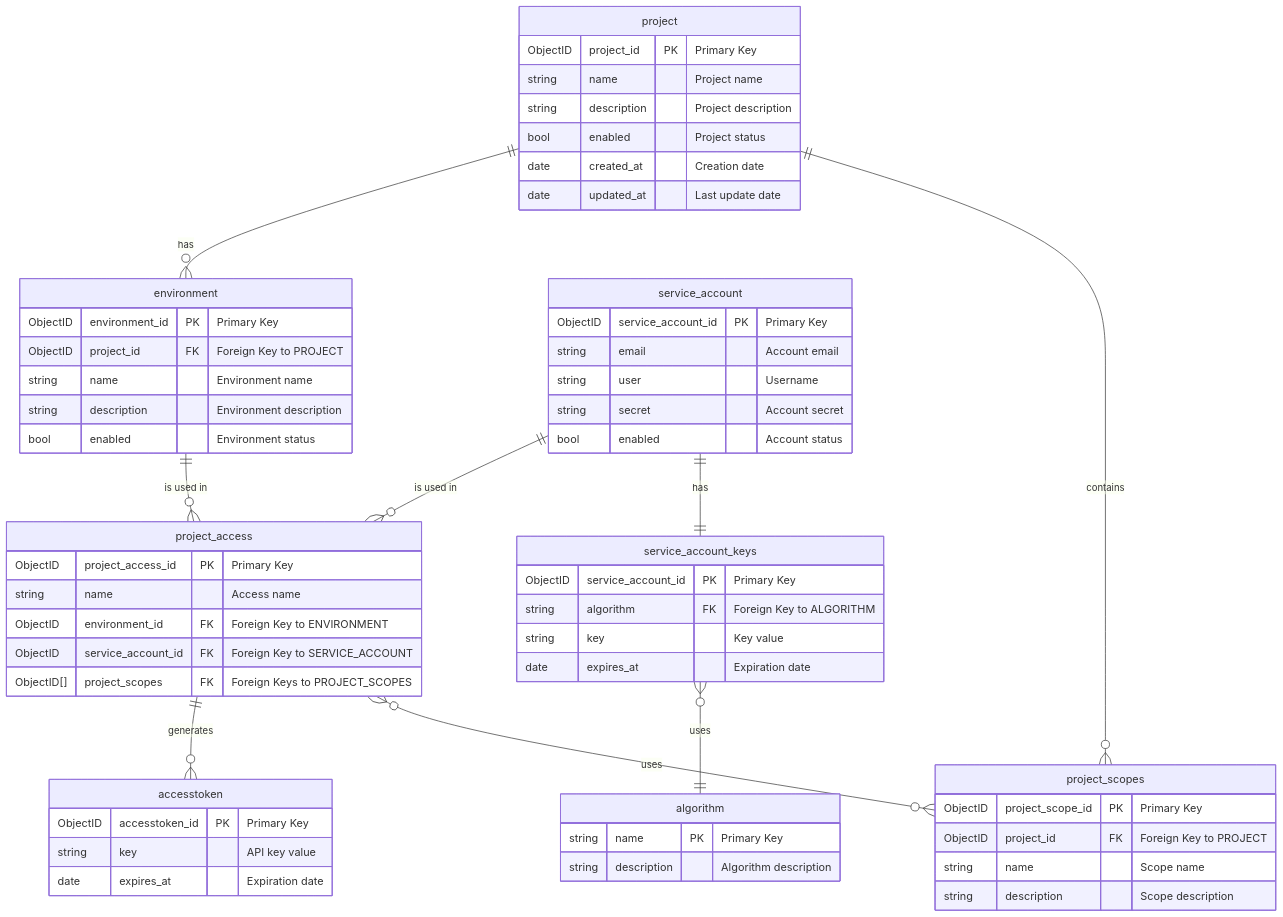
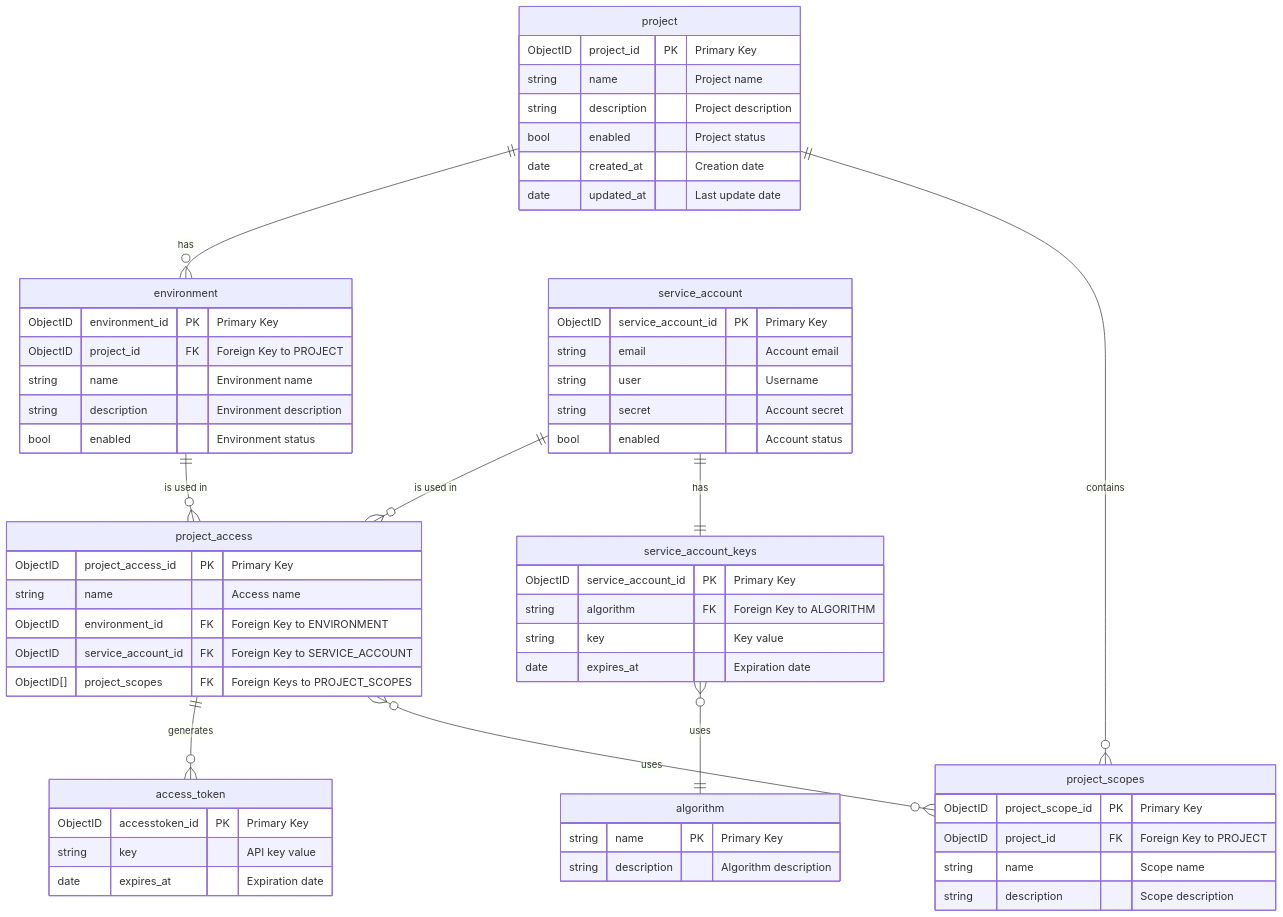
The diagram in docs/erd/erd.mmd (refactorartist/buraq), drawn with Mermaid before and after one commit. The commit also changed 1 other file, not shown here.

Commit message:
refactor: Rename accesstoken to access_token in ERD diagram
This commit updates the entity-relationship diagram (ERD) to rename the `accesstoken` entity to `access_token`, ensuring consistency with naming conventions. The relationship in the diagram is also adjusted accordingly.

```diff
--- a/docs/erd/erd.mmd
+++ b/docs/erd/erd.mmd
@@ -1,67 +1,67 @@
 erDiagram
     algorithm {
         string name PK "Primary Key"
         string description "Algorithm description"
     }
 
-    accesstoken {
+    access_token {
         ObjectID accesstoken_id PK "Primary Key"
         string key "API key value"
         date expires_at "Expiration date"
     }
 
     environment {
         ObjectID environment_id PK "Primary Key"
         ObjectID project_id FK "Foreign Key to PROJECT"
         string name "Environment name"
         string description "Environment description"
         bool enabled "Environment status"
     }
 
     project {
         ObjectID project_id PK "Primary Key"
         string name "Project name"
         string description "Project description"
         bool enabled "Project status"
         date created_at "Creation date"
         date updated_at "Last update date"
     }
 
     project_access {
         ObjectID project_access_id PK "Primary Key"
         string name "Access name"
         ObjectID environment_id FK "Foreign Key to ENVIRONMENT"
         ObjectID service_account_id FK "Foreign Key to SERVICE_ACCOUNT"
         ObjectID[] project_scopes FK "Foreign Keys to PROJECT_SCOPES"
     }
 
     project_scopes {
         ObjectID project_scope_id PK "Primary Key"
         ObjectID project_id FK "Foreign Key to PROJECT"
         string name "Scope name"
         string description "Scope description"
     }
 
     service_account {
         ObjectID service_account_id PK "Primary Key"
         string email "Account email"
         string user "Username"
         string secret "Account secret"
         bool enabled "Account status"
     }
 
     service_account_keys {
         ObjectID service_account_id PK "Primary Key"
         string algorithm FK "Foreign Key to ALGORITHM"
         string key "Key value"
         date expires_at "Expiration date"
     }
 
     project ||--o{ environment : "has"
     project ||--o{ project_scopes : "contains"
     service_account ||--o{ project_access : "is used in"
     service_account ||--|| service_account_keys : "has"
     environment ||--o{ project_access : "is used in"
-    project_access ||--o{ accesstoken : "generates"
+    project_access ||--o{ access_token : "generates"
     project_access }o--o{ project_scopes : "uses"
     service_account_keys }o--|| algorithm : "uses"
```
